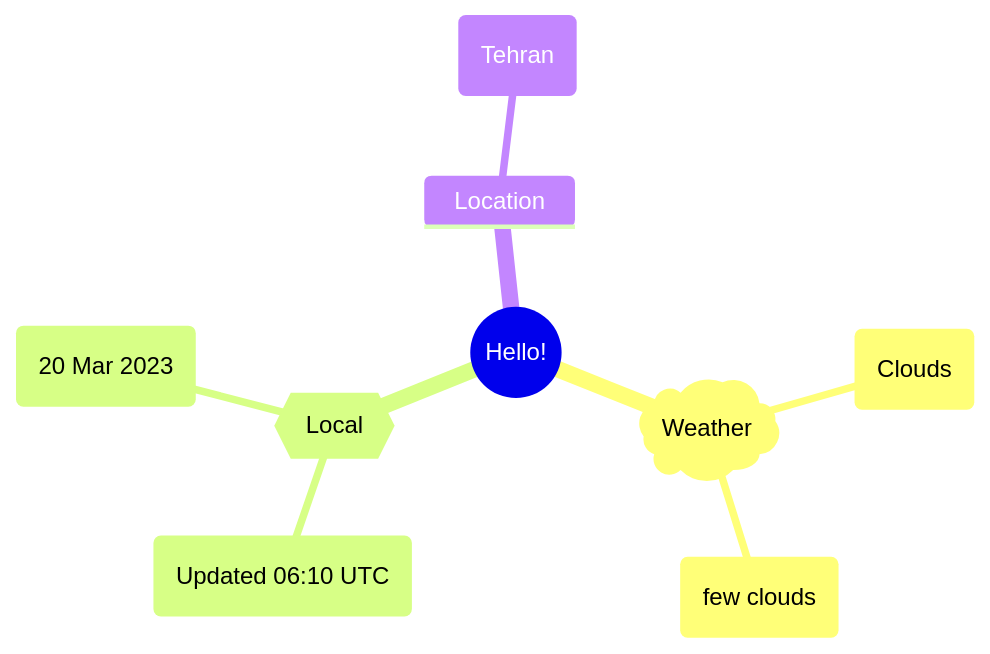
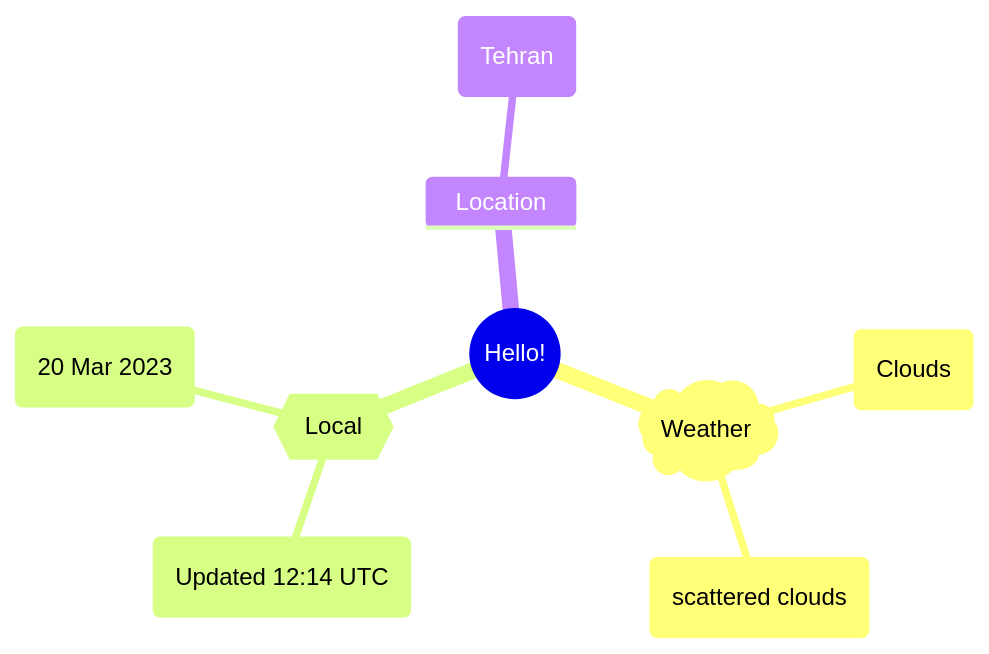
The first of 2 diagrams in README.md (Xosrov/Xosrov), drawn with Mermaid before and after one commit.

Commit message:
[bot] updated images

````diff
--- a/README.md
+++ b/README.md
@@ -3,12 +3,12 @@
 ```mermaid
 mindmap
   root((Hello!))
     )Weather(
         (Clouds)
-        (few clouds)
+        (scattered clouds)
     {{Local}}
-        (Updated 06:10 UTC)
+        (Updated 12:14 UTC)
         (20 Mar 2023)
     Location
         (Tehran)
 ```
````
